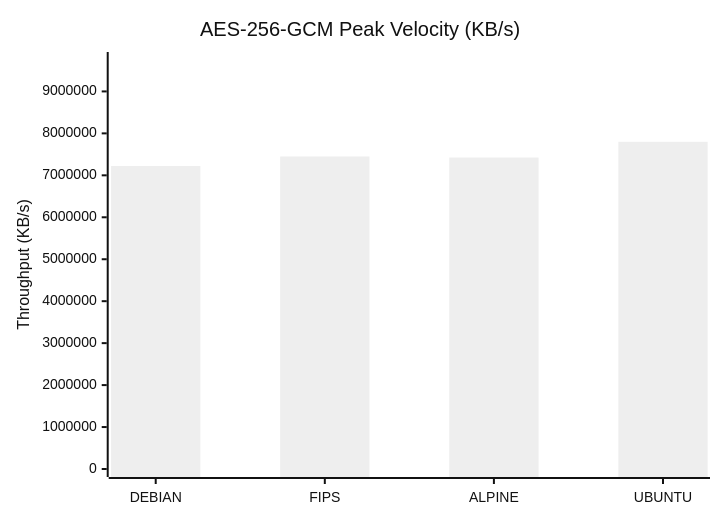
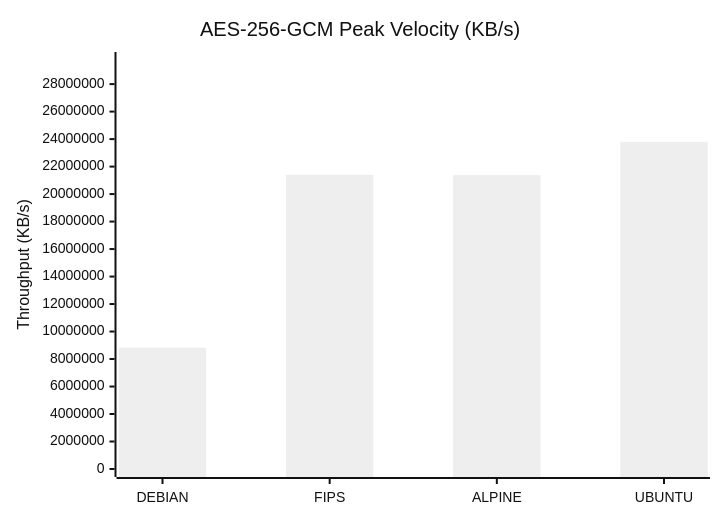
Before and after one commit to taha2samy/openssl_fips: the first of 9 diagrams in docs/Comparison_Report.md, drawn with Mermaid (neutral theme). The commit also changed other lines of this file and 2 other files, not shown here.

````diff
--- a/docs/Comparison_Report.md
+++ b/docs/Comparison_Report.md
@@ -56,7 +56,7 @@
 ```mermaid
 xychart-beta
     title "AES-256-GCM Peak Velocity (KB/s)"
     x-axis [DEBIAN, FIPS, ALPINE, UBUNTU]
-    y-axis "Throughput (KB/s)" 0 --> 9748940
-    bar [7221968.9, 7449133.06, 7424761.86, 7799152.64]
+    y-axis "Throughput (KB/s)" 0 --> 29753774
+    bar [8833138.69, 21403475.97, 21377867.78, 23803019.26]
 ```
````
